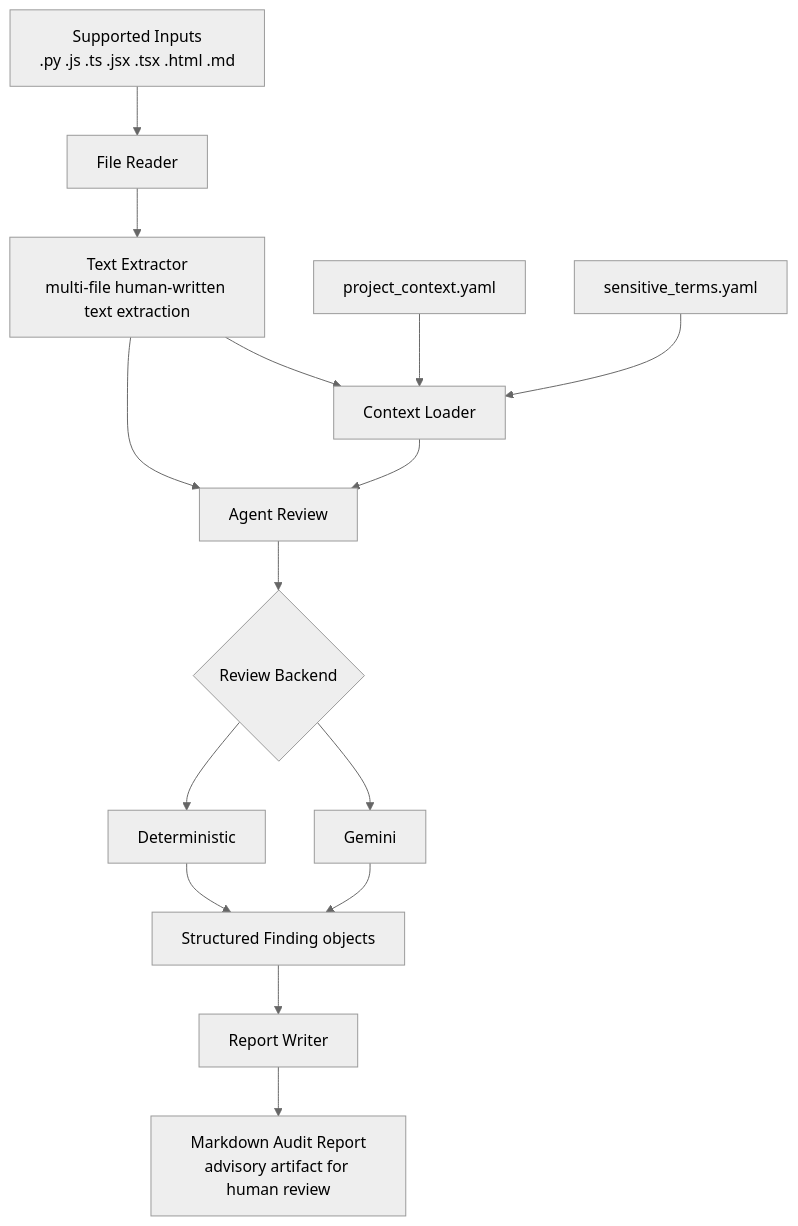
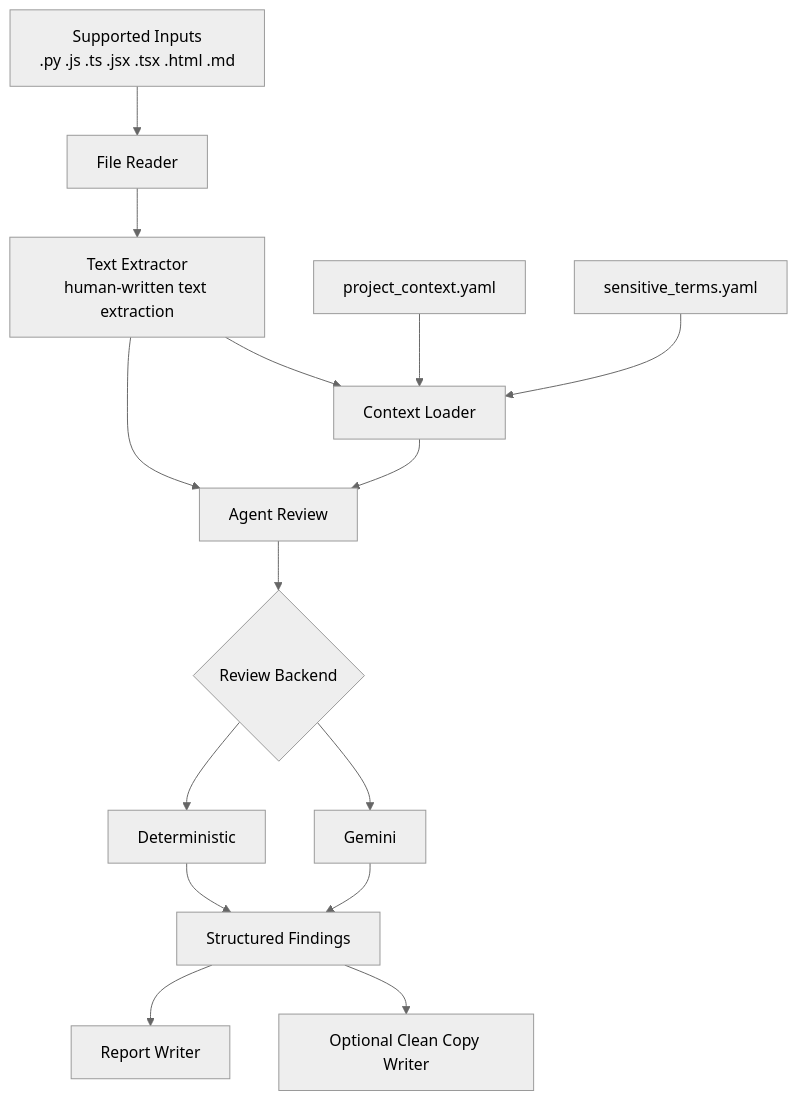
One commit to philipvagne/semantic-compliance-review-agent changed the diagram in README.md. Above: the diagram before and after it, drawn with Mermaid (neutral theme). The commit also changed other lines of this file and 15 other files, not shown here.

````diff
--- a/README.md
+++ b/README.md
@@ -30,17 +54,17 @@
 ```mermaid
 flowchart TD
     A["Supported Inputs<br/>.py .js .ts .jsx .tsx .html .md"] --> B["File Reader"]
-    B --> C["Text Extractor<br/>multi-file human-written text extraction"]
+    B --> C["Text Extractor<br/>human-written text extraction"]
     C --> D["Context Loader"]
     E["project_context.yaml"] --> D
     F["sensitive_terms.yaml"] --> D
     D --> G["Agent Review"]
     C --> G
     G --> H{"Review Backend"}
     H --> I["Gemini"]
     H --> J["Deterministic"]
-    I --> K["Structured Finding objects"]
+    I --> K["Structured Findings"]
     J --> K
-    K --> L["Report Writer"]
-    L --> M["Markdown Audit Report<br/>advisory artifact for human review"]
+    K --> L["Optional Clean Copy Writer"]
+    K --> M["Report Writer"]
 ```
````
